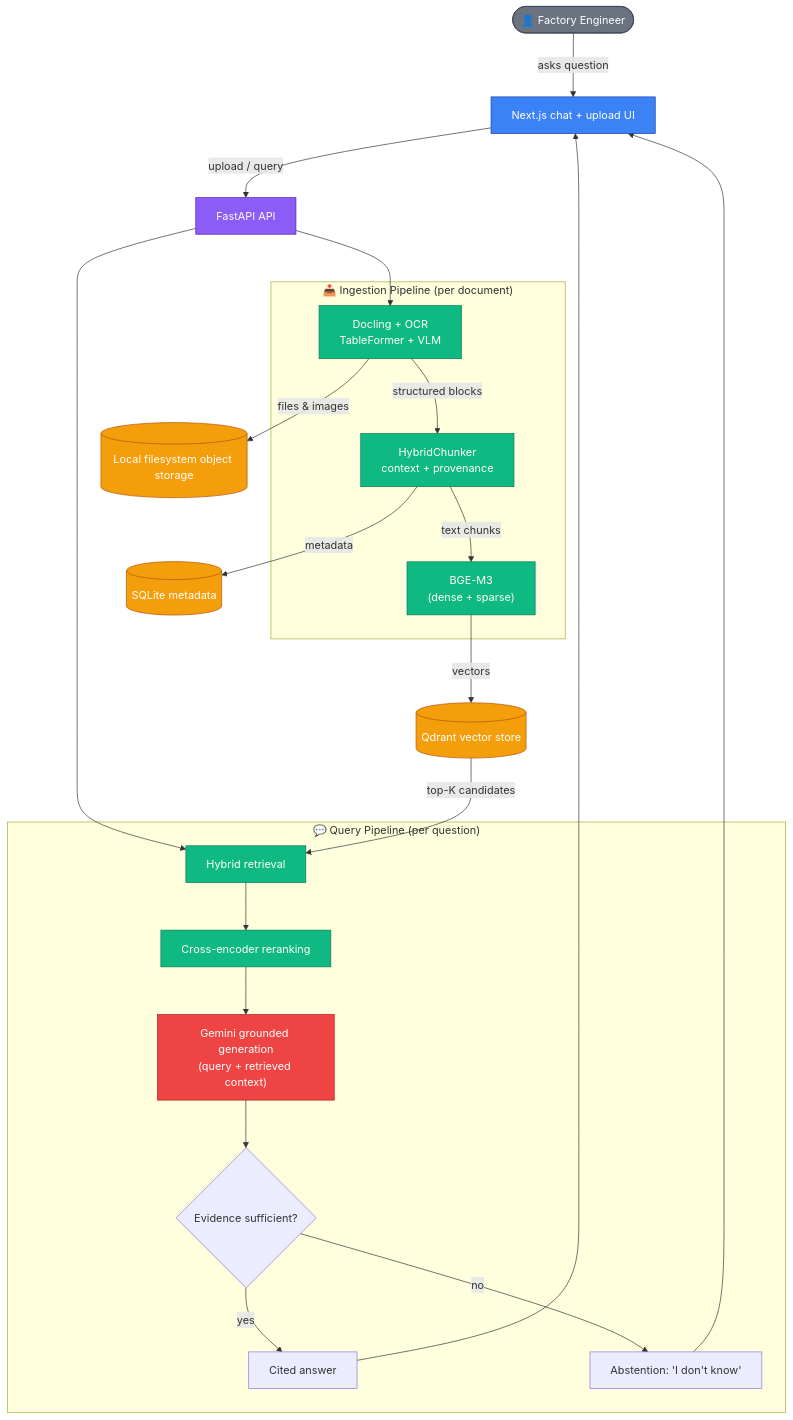
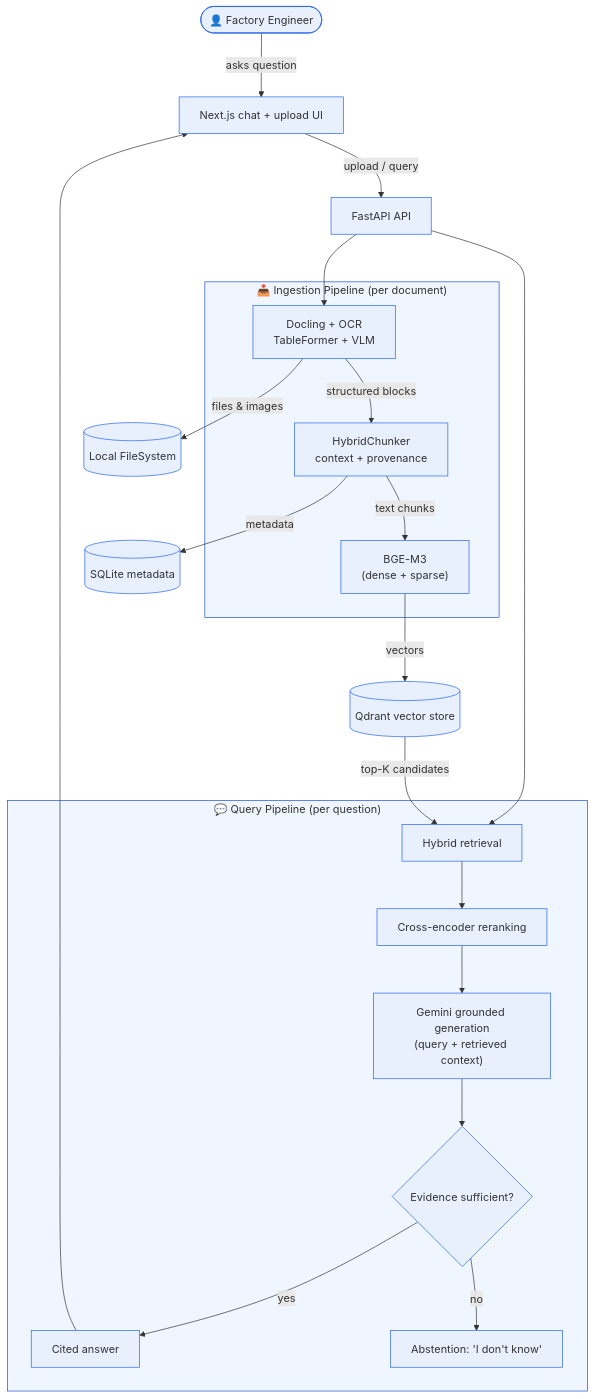
Before and after one commit to CuongMe/FORGE-Denso-Hackathon-Team-UNICORN-BUV-Deprecated: the diagram in README.md, drawn with Mermaid.

Commit message:
docs: match mermaid architecture styling to svg

````diff
--- a/README.md
+++ b/README.md
@@ -64,56 +64,47 @@
 ```mermaid
-%%{init: {'themeVariables': {'fontSize': '16px'}, 'flowchart': {'nodeSpacing': 50, 'rankSpacing': 70}}}%%
+%%{init: {'themeVariables': {'fontSize': '16px', 'fontFamily': 'Trebuchet MS, Verdana, Arial, sans-serif'}, 'flowchart': {'nodeSpacing': 50, 'rankSpacing': 70}}}%%
 flowchart TB
     USER(["👤 Factory Engineer"])
     UI["Next.js chat + upload UI"]
     API["FastAPI API"]
 
     USER -->|asks question| UI
     UI -->|upload / query| API
 
     subgraph INGESTION["📥 Ingestion Pipeline (per document)"]
         PARSE["Docling + OCR<br/>TableFormer + VLM"]
         CHUNK["HybridChunker<br/>context + provenance"]
         EMBED["BGE-M3<br/>(dense + sparse)"]
         PARSE -->|structured blocks| CHUNK
         CHUNK -->|text chunks| EMBED
     end
 
     subgraph QUERY["💬 Query Pipeline (per question)"]
         RETRIEVE["Hybrid retrieval"]
         RERANK["Cross-encoder reranking"]
         GEMINI["Gemini grounded generation<br/>(query + retrieved context)"]
         CHECK{"Evidence sufficient?"}
         ANSWER["Cited answer"]
         ABSTAIN["Abstention: 'I don't know'"]
 
         RETRIEVE --> RERANK --> GEMINI --> CHECK
         CHECK -->|yes| ANSWER
         CHECK -->|no| ABSTAIN
     end
 
     API --> PARSE
     API --> RETRIEVE
 
     EMBED -->|vectors| QDRANT[("Qdrant vector store")]
     CHUNK -->|metadata| SQLITE[("SQLite metadata")]
-    PARSE -->|files & images| FILES[("Local filesystem object storage")]
+    PARSE -->|files & images| FILES[("Local FileSystem")]
 
     QDRANT -->|top-K candidates| RETRIEVE
     ANSWER --> UI
-    ABSTAIN --> UI
 
-    classDef ui fill:#3B82F6,stroke:#1E40AF,color:#fff
-    classDef api fill:#8B5CF6,stroke:#5B21B6,color:#fff
-    classDef process fill:#10B981,stroke:#047857,color:#fff
-    classDef store fill:#F59E0B,stroke:#B45309,color:#fff
-    classDef llm fill:#EF4444,stroke:#B91C1C,color:#fff
-    classDef user fill:#6B7280,stroke:#374151,color:#fff
-
-    class USER user
-    class UI ui
-    class API api
-    class PARSE,CHUNK,EMBED,RETRIEVE,RERANK process
-    class QDRANT,SQLITE,FILES store
-    class GEMINI llm
+    classDef node fill:#E8F0FE,stroke:#2563EB,color:#333333
+    class USER,UI,API,PARSE,CHUNK,EMBED,RETRIEVE,RERANK,GEMINI,CHECK,ANSWER,ABSTAIN,QDRANT,SQLITE,FILES node
+    style INGESTION fill:#EFF6FF,stroke:#1D4ED8,color:#333333
+    style QUERY fill:#EFF6FF,stroke:#1D4ED8,color:#333333
+    linkStyle default stroke:#333333,stroke-width:1px
 ```
````
